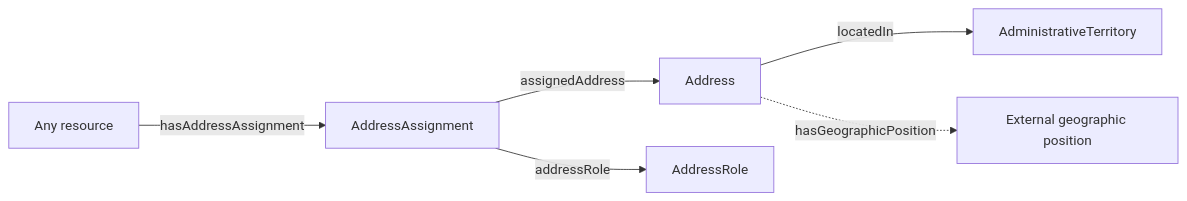
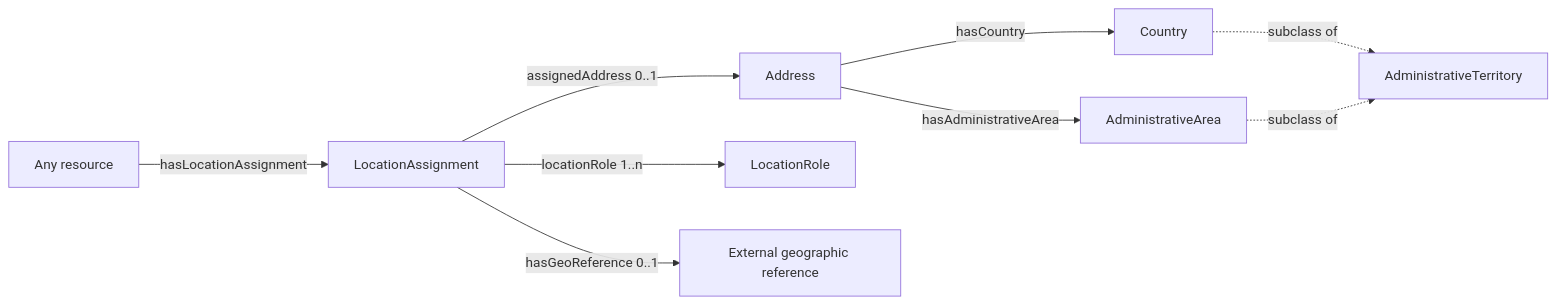
One commit to project-construct-x/constructx-ontologies changed the diagram in modules/core/address/docs/08_concept-diagram.md. Above: the diagram before and after it, drawn with Mermaid. The commit also changed other lines of this file and 97 other files, not shown here.

Commit message:
feat(core): migrate Address and Contact to location assignments

````diff
--- a/modules/core/address/docs/08_concept-diagram.md
+++ b/modules/core/address/docs/08_concept-diagram.md
@@ -10,8 +10,11 @@
 ```mermaid
 flowchart LR
-    Resource[Any resource] -->|hasAddressAssignment| Assignment[AddressAssignment]
-    Assignment -->|assignedAddress| Address[Address]
-    Assignment -->|addressRole| Role[AddressRole]
-    Address -->|locatedIn| Territory[AdministrativeTerritory]
-    Address -.->|hasGeographicPosition| Position[External geographic position]
+    Resource[Any resource] -->|hasLocationAssignment| Assignment[LocationAssignment]
+    Assignment -->|assignedAddress 0..1| Address[Address]
+    Assignment -->|locationRole 1..n| Role[LocationRole]
+    Assignment -->|hasGeoReference 0..1| Position[External geographic reference]
+    Address -->|hasCountry| Country
+    Address -->|hasAdministrativeArea| AdministrativeArea
+    Country -.->|subclass of| AdministrativeTerritory
+    AdministrativeArea -.->|subclass of| AdministrativeTerritory
 ```
````
